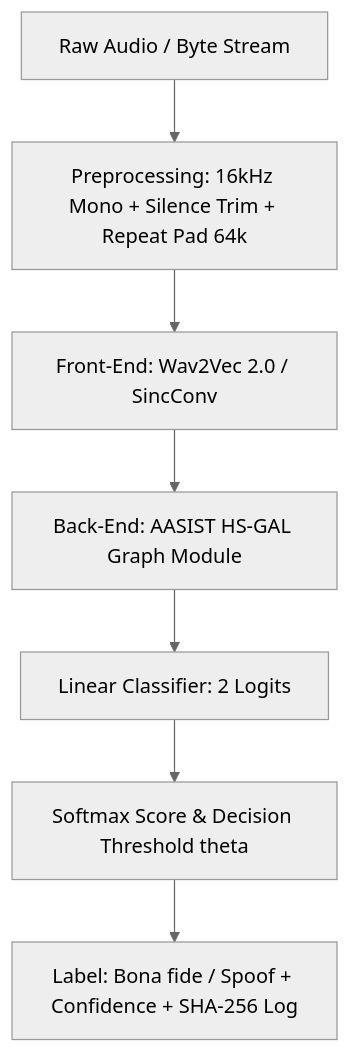
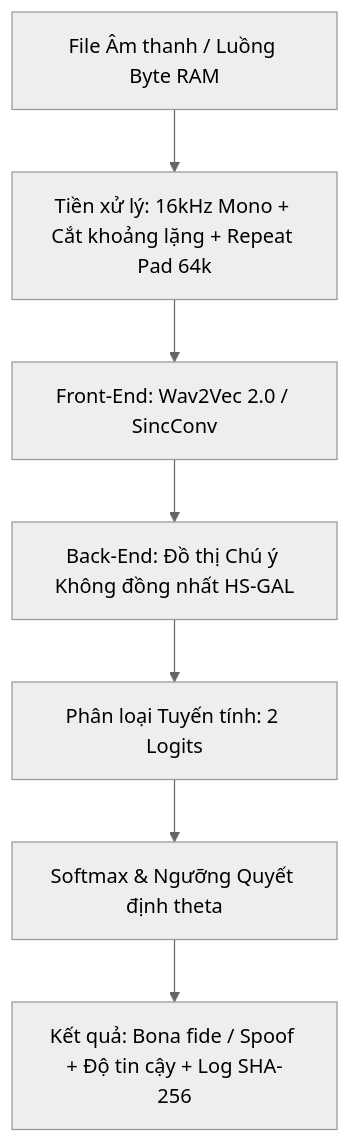
The diagram in docs/ARCH_technical-specs.md (saketai72-oss/VieTrueVoice), drawn with Mermaid (neutral theme) before and after one commit. The commit also changed other lines of this file and 9 other files, not shown here.

````diff
--- a/docs/ARCH_technical-specs.md
+++ b/docs/ARCH_technical-specs.md
@@ -9,9 +9,9 @@
 ```mermaid
 graph TD
-    RawAudio[Raw Audio / Byte Stream] --> Preprocess[Preprocessing: 16kHz Mono + Silence Trim + Repeat Pad 64k]
+    RawAudio[File Âm thanh / Luồng Byte RAM] --> Preprocess[Tiền xử lý: 16kHz Mono + Cắt khoảng lặng + Repeat Pad 64k]
     Preprocess --> FeatureExt[Front-End: Wav2Vec 2.0 / SincConv]
-    FeatureExt --> GraphModule[Back-End: AASIST HS-GAL Graph Module]
-    GraphModule --> Classifier[Linear Classifier: 2 Logits]
-    Classifier --> Decision[Softmax Score & Decision Threshold theta]
-    Decision --> Output[Label: Bona fide / Spoof + Confidence + SHA-256 Log]
+    FeatureExt --> GraphModule[Back-End: Đồ thị Chú ý Không đồng nhất HS-GAL]
+    GraphModule --> Classifier[Phân loại Tuyến tính: 2 Logits]
+    Classifier --> Decision[Softmax & Ngưỡng Quyết định theta]
+    Decision --> Output[Kết quả: Bona fide / Spoof + Độ tin cậy + Log SHA-256]
 ```
````
